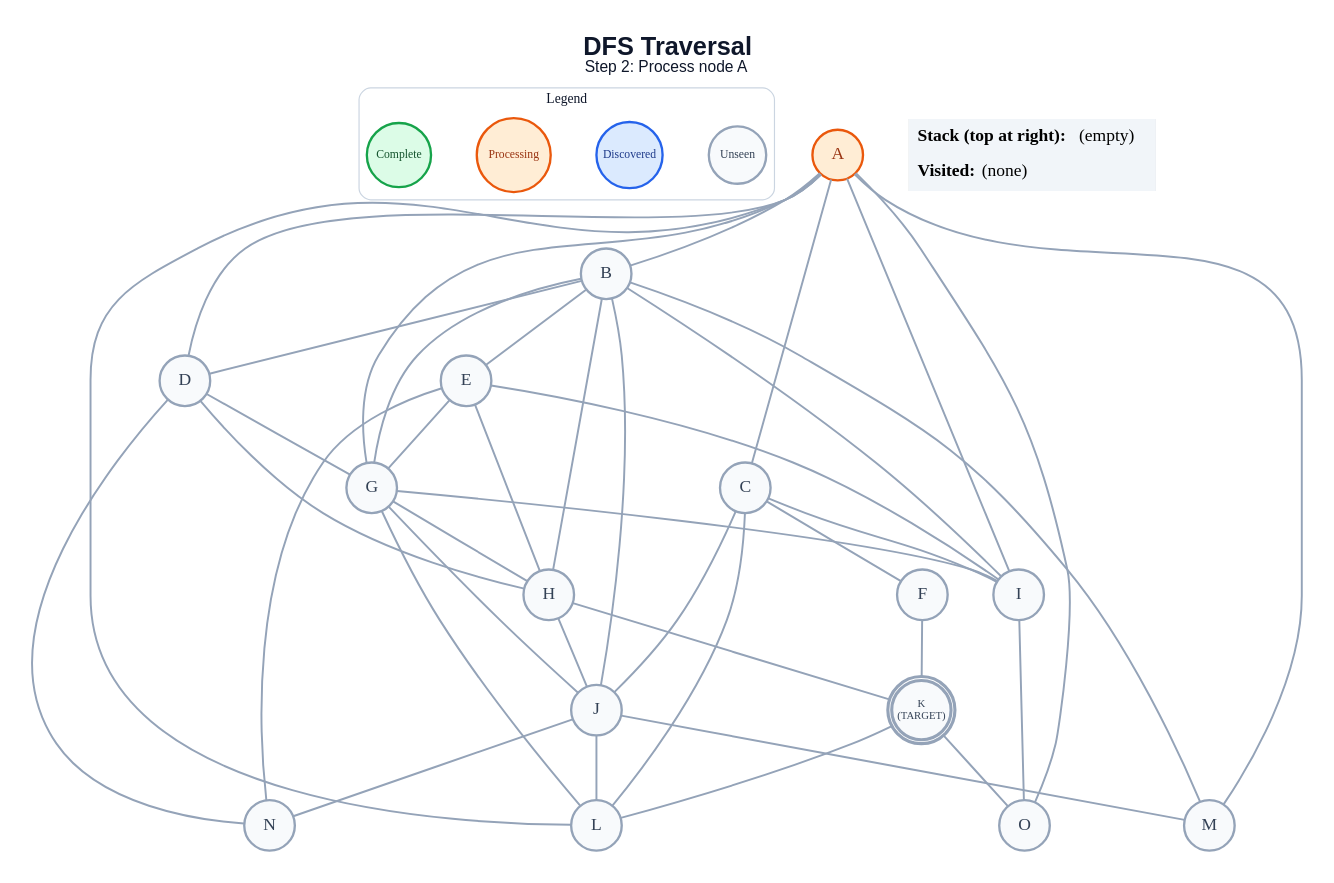
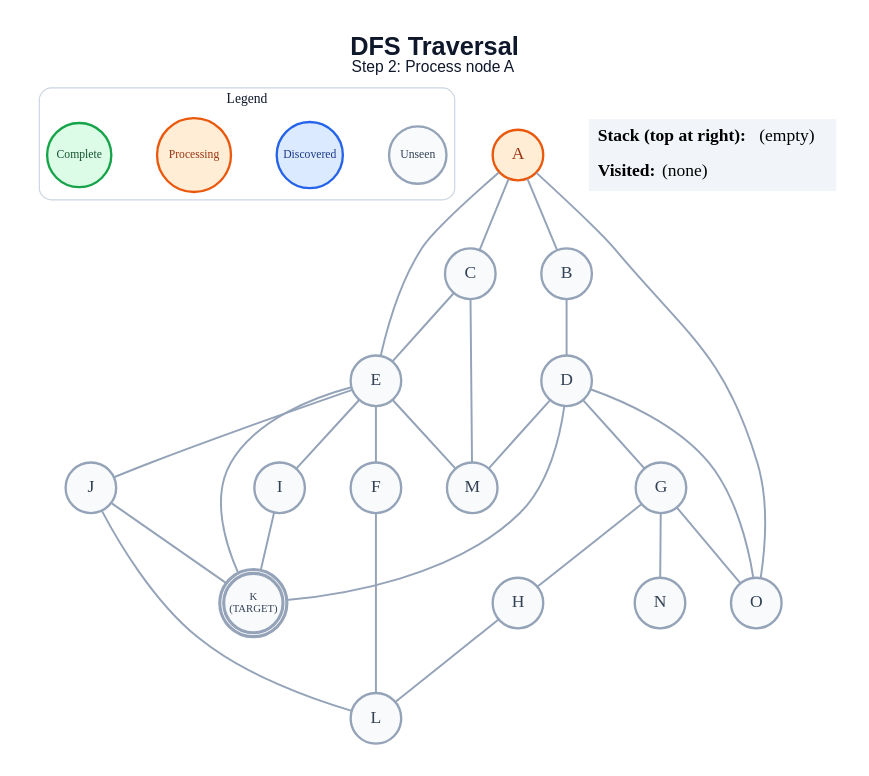
Before and after one commit to anon7238593-create/ai-slop: the diagram in generated/dfs/step_02.dot, drawn with Graphviz. The commit also changed 289 other files, not shown here.

```diff
--- a/generated/dfs/step_02.dot
+++ b/generated/dfs/step_02.dot
@@ -1,73 +1,58 @@
 graph traversal {
   graph [layout=dot, rankdir=TB, bgcolor="#FFFFFF", pad="0.35", nodesep="0.65", ranksep="0.8", fontname="Arial"];
   node [shape=circle, style="filled", fontname="Arial Bold", fontsize=18, width=0.72, fixedsize=true, penwidth=2.4];
   edge [color="#94A3B8", penwidth=2.0];
   label=<<B>DFS Traversal</B><BR/><FONT POINT-SIZE="16">Step 2: Process node A</FONT>>; labelloc="t"; fontsize=26; fontname="Arial"; fontcolor="#0F172A";
   subgraph cluster_legend { label="Legend"; color="#CBD5E1"; penwidth=1.2; style="rounded"; fontsize=14; fontname="Arial Bold";
     key_unseen [label="Unseen", fillcolor="#F8FAFC", color="#94A3B8", fontcolor="#334155", fontsize=12, width=0.82];
     key_frontier [label="Discovered", fillcolor="#DBEAFE", color="#2563EB", fontcolor="#1E3A8A", fontsize=12, width=0.95];
     key_current [label="Processing", fillcolor="#FFEDD5", color="#EA580C", fontcolor="#9A3412", fontsize=12, width=1.05];
     key_done [label="Complete", fillcolor="#DCFCE7", color="#16A34A", fontcolor="#14532D", fontsize=12, width=0.92];
     { rank=same; key_unseen; key_frontier; key_current; key_done; }
   }
   A [label="A", fillcolor="#FFEDD5", color="#EA580C", fontcolor="#9A3412", peripheries=1, penwidth=2.4];
   B [label="B", fillcolor="#F8FAFC", color="#94A3B8", fontcolor="#334155", peripheries=1, penwidth=2.4];
   C [label="C", fillcolor="#F8FAFC", color="#94A3B8", fontcolor="#334155", peripheries=1, penwidth=2.4];
   D [label="D", fillcolor="#F8FAFC", color="#94A3B8", fontcolor="#334155", peripheries=1, penwidth=2.4];
   E [label="E", fillcolor="#F8FAFC", color="#94A3B8", fontcolor="#334155", peripheries=1, penwidth=2.4];
   F [label="F", fillcolor="#F8FAFC", color="#94A3B8", fontcolor="#334155", peripheries=1, penwidth=2.4];
   G [label="G", fillcolor="#F8FAFC", color="#94A3B8", fontcolor="#334155", peripheries=1, penwidth=2.4];
   H [label="H", fillcolor="#F8FAFC", color="#94A3B8", fontcolor="#334155", peripheries=1, penwidth=2.4];
   I [label="I", fillcolor="#F8FAFC", color="#94A3B8", fontcolor="#334155", peripheries=1, penwidth=2.4];
   J [label="J", fillcolor="#F8FAFC", color="#94A3B8", fontcolor="#334155", peripheries=1, penwidth=2.4];
   K [label="K\n(TARGET)", fillcolor="#F8FAFC", color="#94A3B8", fontcolor="#334155", peripheries=2, penwidth=3.2, fontsize=11, width=0.85, height=0.85];
   L [label="L", fillcolor="#F8FAFC", color="#94A3B8", fontcolor="#334155", peripheries=1, penwidth=2.4];
   M [label="M", fillcolor="#F8FAFC", color="#94A3B8", fontcolor="#334155", peripheries=1, penwidth=2.4];
   N [label="N", fillcolor="#F8FAFC", color="#94A3B8", fontcolor="#334155", peripheries=1, penwidth=2.4];
   O [label="O", fillcolor="#F8FAFC", color="#94A3B8", fontcolor="#334155", peripheries=1, penwidth=2.4];
   A -- B;
   A -- C;
-  A -- D;
-  A -- G;
-  A -- I;
-  A -- L;
-  A -- M;
+  A -- E;
   A -- O;
   B -- D;
-  B -- E;
-  B -- G;
-  B -- H;
-  B -- I;
-  B -- J;
-  B -- M;
-  C -- F;
-  C -- I;
-  C -- J;
-  C -- L;
+  C -- E;
+  C -- M;
   D -- G;
-  D -- H;
-  D -- N;
-  E -- G;
-  E -- H;
+  D -- K;
+  D -- M;
+  D -- O;
+  E -- F;
   E -- I;
-  E -- N;
-  F -- K;
+  E -- J;
+  E -- K;
+  E -- M;
+  F -- L;
   G -- H;
-  G -- I;
-  G -- J;
-  G -- L;
-  H -- J;
-  H -- K;
-  I -- O;
+  G -- N;
+  G -- O;
+  H -- L;
+  I -- K;
+  J -- K;
   J -- L;
-  J -- M;
-  J -- N;
-  K -- L;
-  K -- O;
   status [shape=plain, fixedsize=false, width=0, height=0, margin=0, label=<
     <TABLE BORDER="0" CELLBORDER="0" CELLPADDING="7" BGCOLOR="#F1F5F9">
       <TR><TD ALIGN="LEFT"><B>Stack (top at right):</B> (empty)</TD></TR>
       <TR><TD ALIGN="LEFT"><B>Visited:</B> (none)</TD></TR>
     </TABLE>
   >];
 }
```
